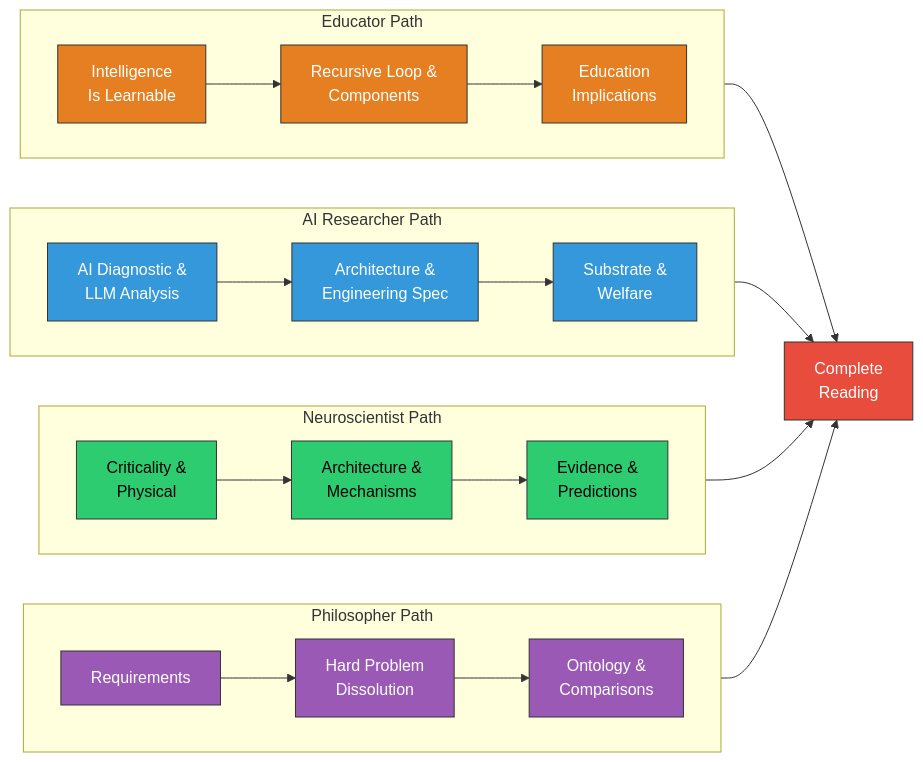
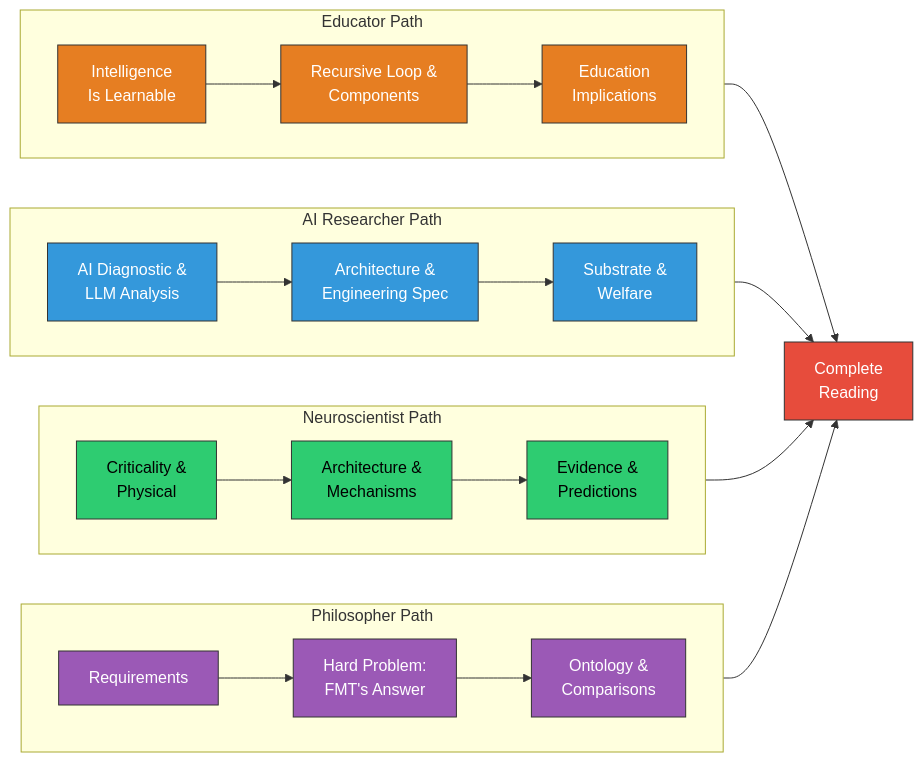
Before and after one commit to JeltzProstetnic/aIware: the diagram in wiki/reference/reading-order.md, drawn with Mermaid. The commit also changed 26 other files, not shown here.

````diff
--- a/wiki/reference/reading-order.md
+++ b/wiki/reference/reading-order.md
@@ -112,41 +112,41 @@
 ```mermaid
 graph LR
     subgraph "Philosopher Path"
         direction LR
-        P1["Requirements"] --> P2["Hard Problem<br/>Dissolution"] --> P3["Ontology &<br/>Comparisons"]
+        P1["Requirements"] --> P2["Hard Problem:<br/>FMT's Answer"] --> P3["Ontology &<br/>Comparisons"]
     end
 
     subgraph "Neuroscientist Path"
         direction LR
         N1["Criticality &<br/>Physical"] --> N2["Architecture &<br/>Mechanisms"] --> N3["Evidence &<br/>Predictions"]
     end
 
     subgraph "AI Researcher Path"
         direction LR
         A1["AI Diagnostic &<br/>LLM Analysis"] --> A2["Architecture &<br/>Engineering Spec"] --> A3["Substrate &<br/>Welfare"]
     end
 
     subgraph "Educator Path"
         direction LR
         E1["Intelligence<br/>Is Learnable"] --> E2["Recursive Loop &<br/>Components"] --> E3["Education<br/>Implications"]
     end
 
     P3 --> ALL["Complete<br/>Reading"]
     N3 --> ALL
     A3 --> ALL
     E3 --> ALL
 
     style P1 fill:#9b59b6,stroke:#333,color:#fff
     style P2 fill:#9b59b6,stroke:#333,color:#fff
     style P3 fill:#9b59b6,stroke:#333,color:#fff
     style N1 fill:#2ecc71,stroke:#333,color:#000
     style N2 fill:#2ecc71,stroke:#333,color:#000
     style N3 fill:#2ecc71,stroke:#333,color:#000
     style A1 fill:#3498db,stroke:#333,color:#fff
     style A2 fill:#3498db,stroke:#333,color:#fff
     style A3 fill:#3498db,stroke:#333,color:#fff
     style E1 fill:#e67e22,stroke:#333,color:#fff
     style E2 fill:#e67e22,stroke:#333,color:#fff
     style E3 fill:#e67e22,stroke:#333,color:#fff
     style ALL fill:#e74c3c,stroke:#333,color:#fff
 ```
````
